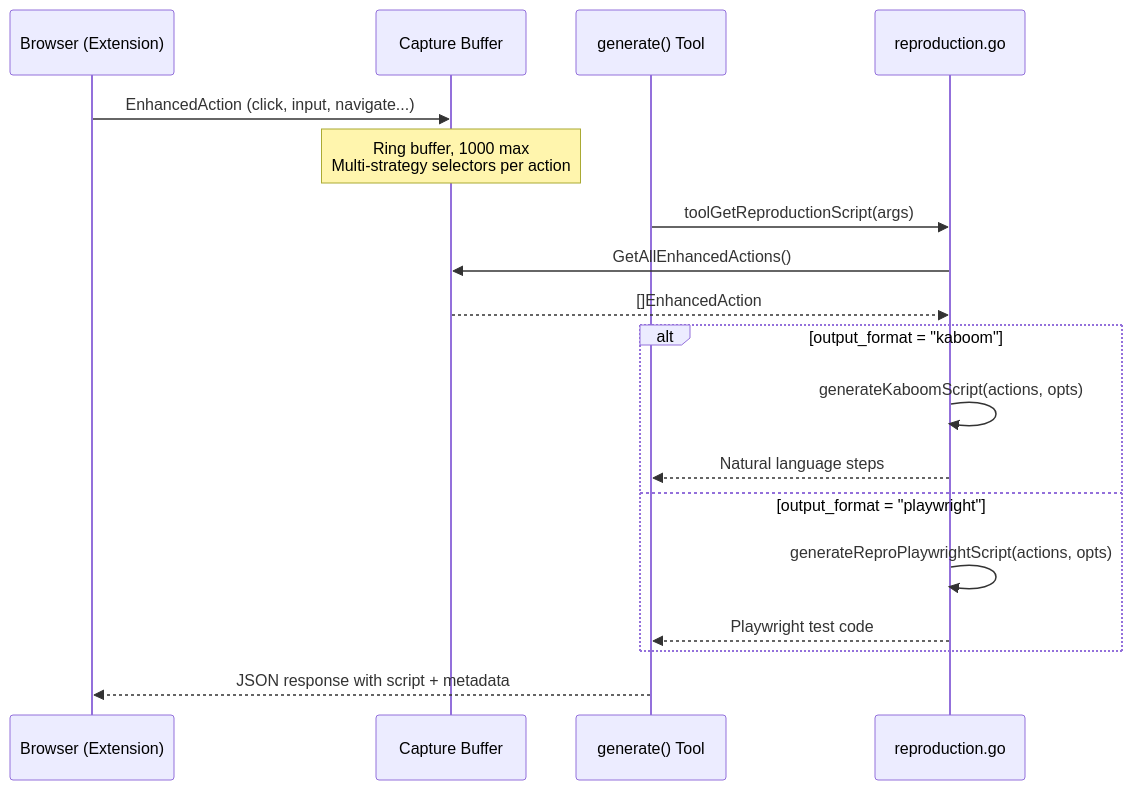
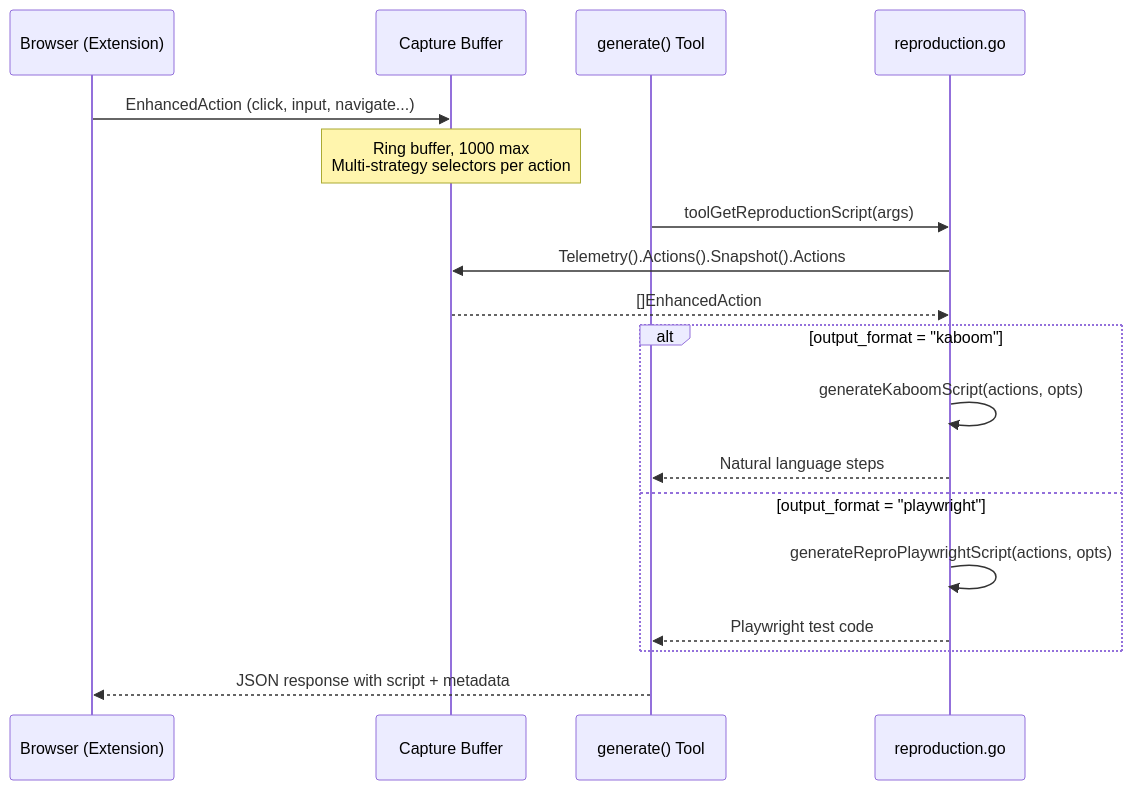
The diagram in docs/features/feature/reproduction-scripts/tech-spec.md (brennhill/Kaboom-Browser-AI-Devtools-MCP), drawn with Mermaid before and after one commit. The commit also changed other lines of this file and 39 other files, not shown here.

Commit message:
refactor(capture): isolate enhanced action retention

````diff
--- a/docs/features/feature/reproduction-scripts/tech-spec.md
+++ b/docs/features/feature/reproduction-scripts/tech-spec.md
@@ -26,24 +26,24 @@
 ```mermaid
 sequenceDiagram
     participant Browser as Browser (Extension)
     participant Capture as Capture Buffer
     participant Generate as generate() Tool
     participant Script as reproduction.go
 
     Browser->>Capture: EnhancedAction (click, input, navigate...)
     Note over Capture: Ring buffer, 1000 max<br/>Multi-strategy selectors per action
 
     Generate->>Script: toolGetReproductionScript(args)
-    Script->>Capture: GetAllEnhancedActions()
+    Script->>Capture: Telemetry().Actions().Snapshot().Actions
     Capture-->>Script: []EnhancedAction
 
     alt output_format = "kaboom"
         Script->>Script: generateKaboomScript(actions, opts)
         Script-->>Generate: Natural language steps
     else output_format = "playwright"
         Script->>Script: generateReproPlaywrightScript(actions, opts)
         Script-->>Generate: Playwright test code
     end
 
     Generate-->>Browser: JSON response with script + metadata
 ```
````
